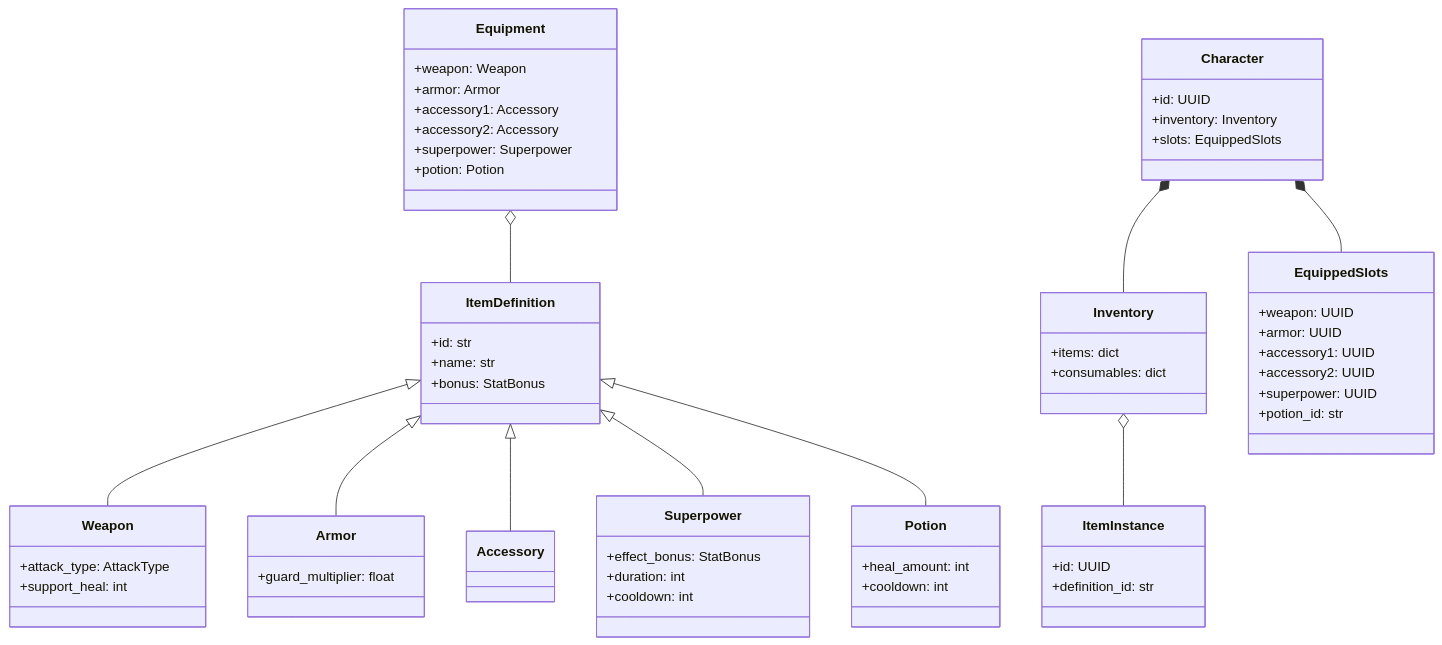
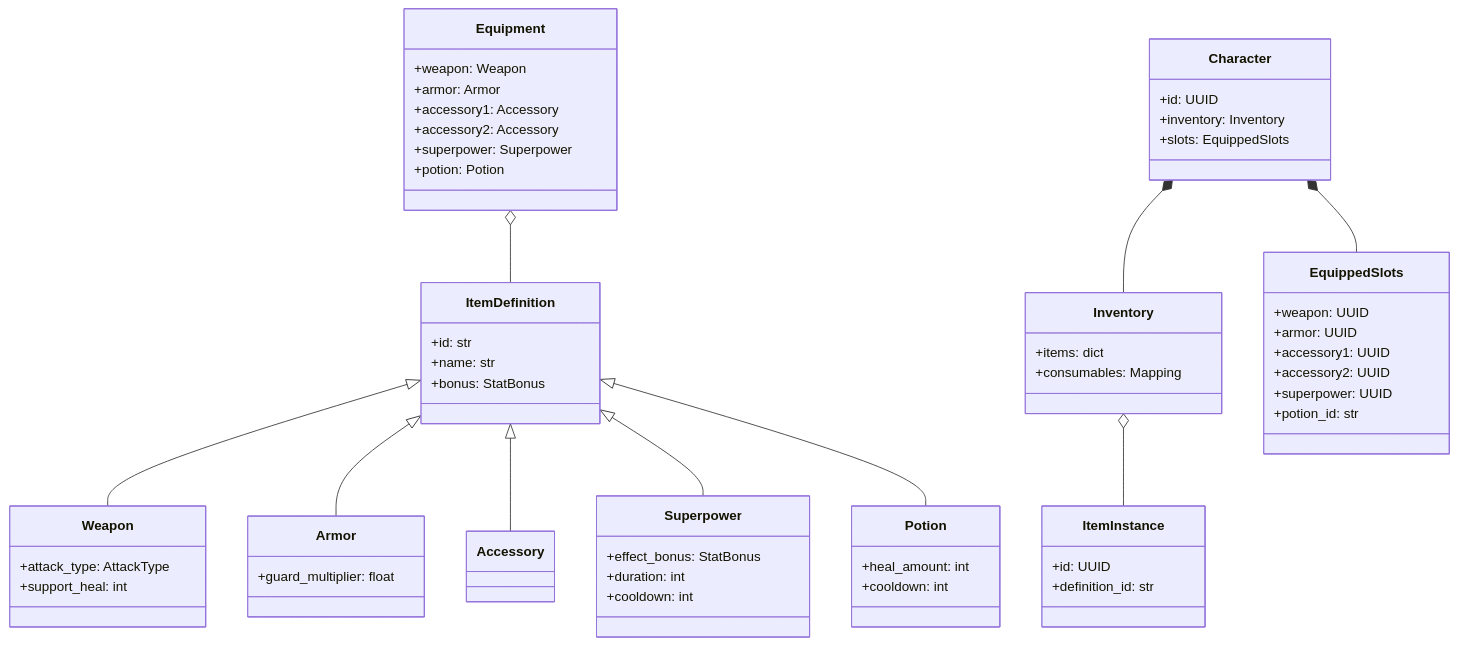
Before and after one commit to MeeDaniel/TelegramRPGBot: the first of 4 diagrams in ARCHITECTURE.md, drawn with Mermaid. The commit also changed other lines of this file and 4 other files, not shown here.

````diff
--- a/ARCHITECTURE.md
+++ b/ARCHITECTURE.md
@@ -13,64 +17,64 @@
 ```mermaid
 classDiagram
     direction TB
     class ItemDefinition {
         +id: str
         +name: str
         +bonus: StatBonus
     }
     class Weapon {
         +attack_type: AttackType
         +support_heal: int
     }
     class Armor {
         +guard_multiplier: float
     }
     class Accessory
     class Superpower {
         +effect_bonus: StatBonus
         +duration: int
         +cooldown: int
     }
     class Potion {
         +heal_amount: int
         +cooldown: int
     }
     class Equipment {
         +weapon: Weapon
         +armor: Armor
         +accessory1: Accessory
         +accessory2: Accessory
         +superpower: Superpower
         +potion: Potion
     }
     class Character {
         +id: UUID
         +inventory: Inventory
         +slots: EquippedSlots
     }
     class Inventory {
         +items: dict
-        +consumables: dict
+        +consumables: Mapping
     }
     class EquippedSlots {
         +weapon: UUID
         +armor: UUID
         +accessory1: UUID
         +accessory2: UUID
         +superpower: UUID
         +potion_id: str
     }
     class ItemInstance {
         +id: UUID
         +definition_id: str
     }
     ItemDefinition <|-- Weapon
     ItemDefinition <|-- Armor
     ItemDefinition <|-- Accessory
     ItemDefinition <|-- Superpower
     ItemDefinition <|-- Potion
     Equipment o-- ItemDefinition
     Character *-- Inventory
     Character *-- EquippedSlots
     Inventory o-- ItemInstance
 ```
````
